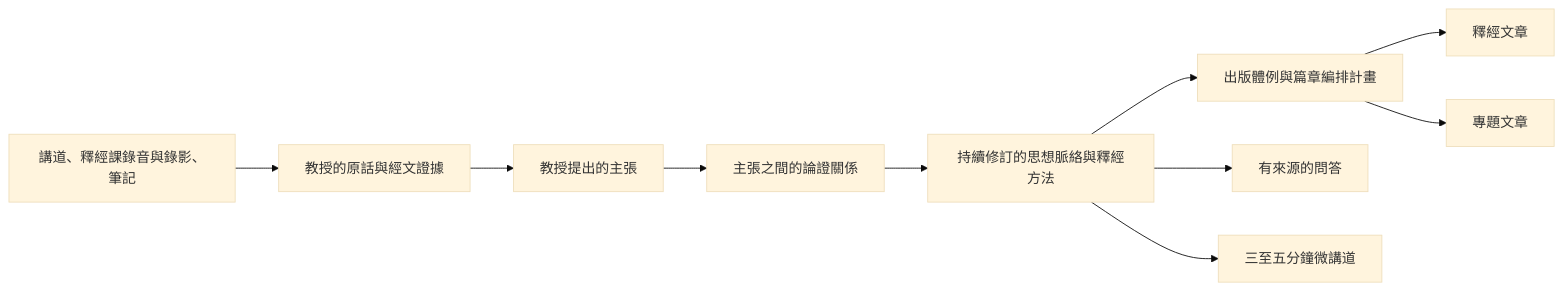
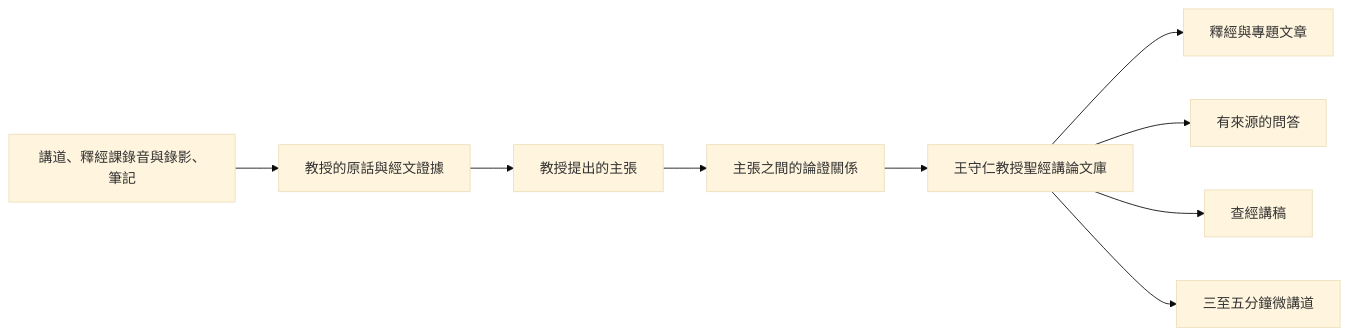
One commit to junyang168/smart-answer changed the diagram in docs/wang-knowledge-platform/00-overview/project_mission_statement.md. Above: the diagram before and after it, drawn with Mermaid (base theme). The commit also changed other lines of this file, not shown here.

````diff
--- a/docs/wang-knowledge-platform/00-overview/project_mission_statement.md
+++ b/docs/wang-knowledge-platform/00-overview/project_mission_statement.md
@@ -94,12 +88,11 @@
 ```mermaid
 flowchart LR
     A["講道、釋經課錄音與錄影、筆記"] --> B["教授的原話與經文證據"]
     B --> C["教授提出的主張"]
     C --> D["主張之間的論證關係"]
-    D --> E["持續修訂的思想脈絡與釋經方法"]
-    E --> P["出版體例與篇章編排計畫"]
-    P --> F["釋經文章"]
-    P --> G["專題文章"]
-    E --> H["有來源的問答"]
+    D --> E["王守仁教授聖經講論文庫"]
+    E --> F["釋經與專題文章"]
+    E --> G["有來源的問答"]
+    E --> H["查經講稿"]
     E --> I["三至五分鐘微講道"]
 ```
````
